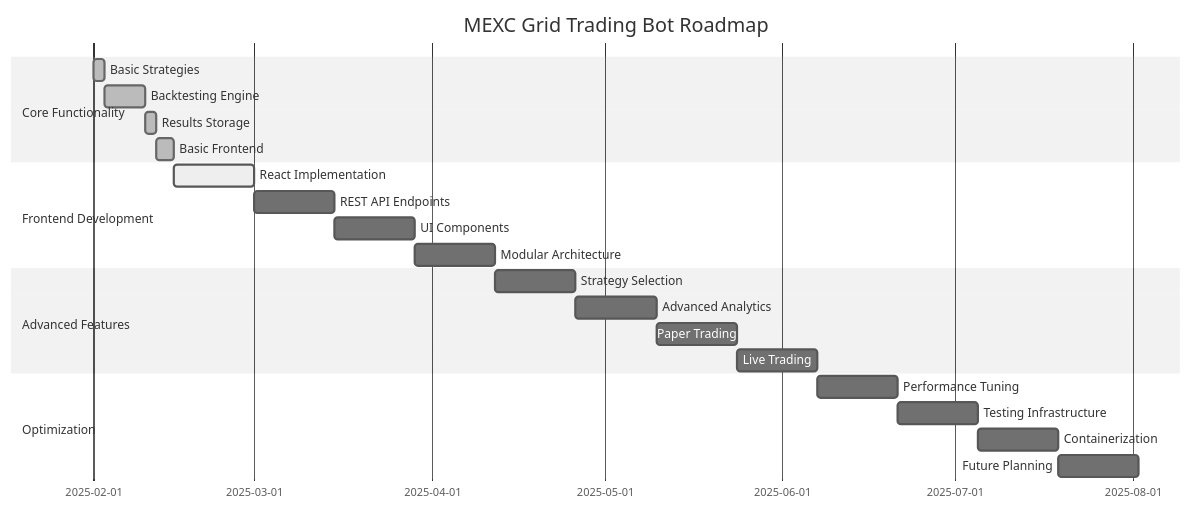
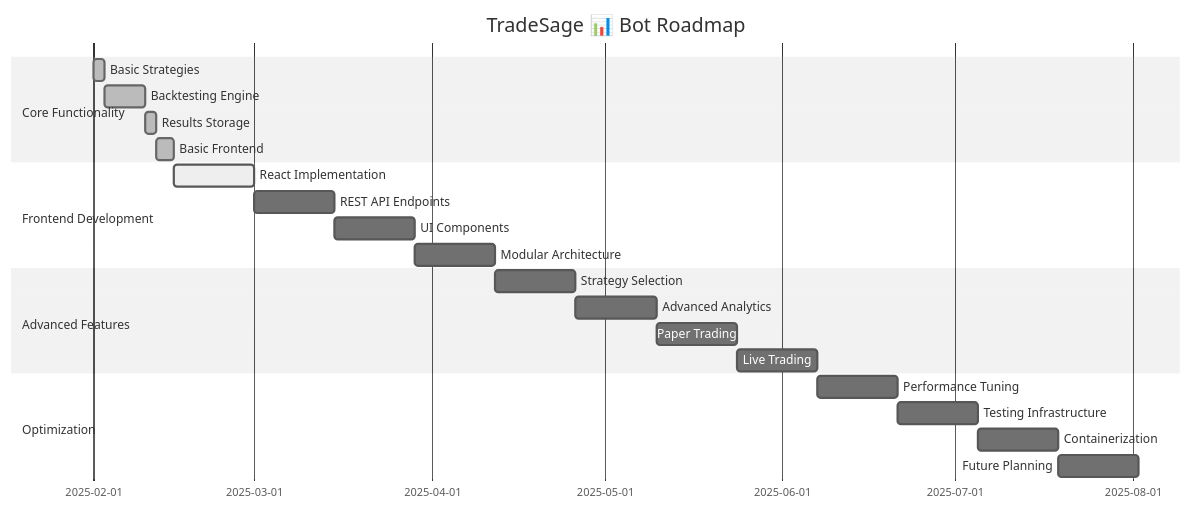
One commit to imKXNNY/MEXC-GridTrader changed the diagram in docs/ROADMAP-VISUAL.md. Above: the diagram before and after it, drawn with Mermaid. The commit also changed other lines of this file and 397 other files, not shown here.

Commit message:
TradeSage 📊- Rebranding (MAJOR RELEASE | v1.0.0)

````diff
--- a/docs/ROADMAP-VISUAL.md
+++ b/docs/ROADMAP-VISUAL.md
@@ -3,41 +3,41 @@
 ```mermaid
 %%{init: {'theme': 'neutral', 'themeVariables': {
   'primaryColor': '#f2f2f2',
   'primaryTextColor': '#333333',
   'primaryBorderColor': '#cccccc',
   'secondaryColor': '#e6e6e6',
   'tertiaryColor': '#ffffff',
   'lineColor': '#666666',
   'textColor': '#333333',
   'fontSize': '14px',
   'fontFamily': 'Arial'
 }}}%%
 
 gantt
-    title MEXC Grid Trading Bot Roadmap
+    title TradeSage 📊 Bot Roadmap
     dateFormat  YYYY-MM-DD
 
     section Core Functionality
     Basic Strategies         :done,    des1, 2025-02-01, 2025-02-03
     Backtesting Engine       :done,    des2, 2025-02-03, 2025-02-10
     Results Storage          :done,    des3, 2025-02-10, 2025-02-12
     Basic Frontend           :done,    des4, 2025-02-12, 2025-02-15
 
     section Frontend Development
     React Implementation     :active,  des5, 2025-02-15, 2025-03-01
     REST API Endpoints       :         des6, 2025-03-01, 2025-03-15
     UI Components            :         des7, 2025-03-15, 2025-03-29
     Modular Architecture     :         des8, 2025-03-29, 2025-04-12
 
     section Advanced Features
     Strategy Selection       :         des9, 2025-04-12, 2025-04-26
     Advanced Analytics       :         des10, 2025-04-26, 2025-05-10
     Paper Trading            :         des11, 2025-05-10, 2025-05-24
     Live Trading             :         des12, 2025-05-24, 2025-06-07
 
     section Optimization
     Performance Tuning       :         des13, 2025-06-07, 2025-06-21
     Testing Infrastructure   :         des14, 2025-06-21, 2025-07-05
     Containerization         :         des15, 2025-07-05, 2025-07-19
     Future Planning          :         des16, 2025-07-19, 2025-08-02
 ```
````
